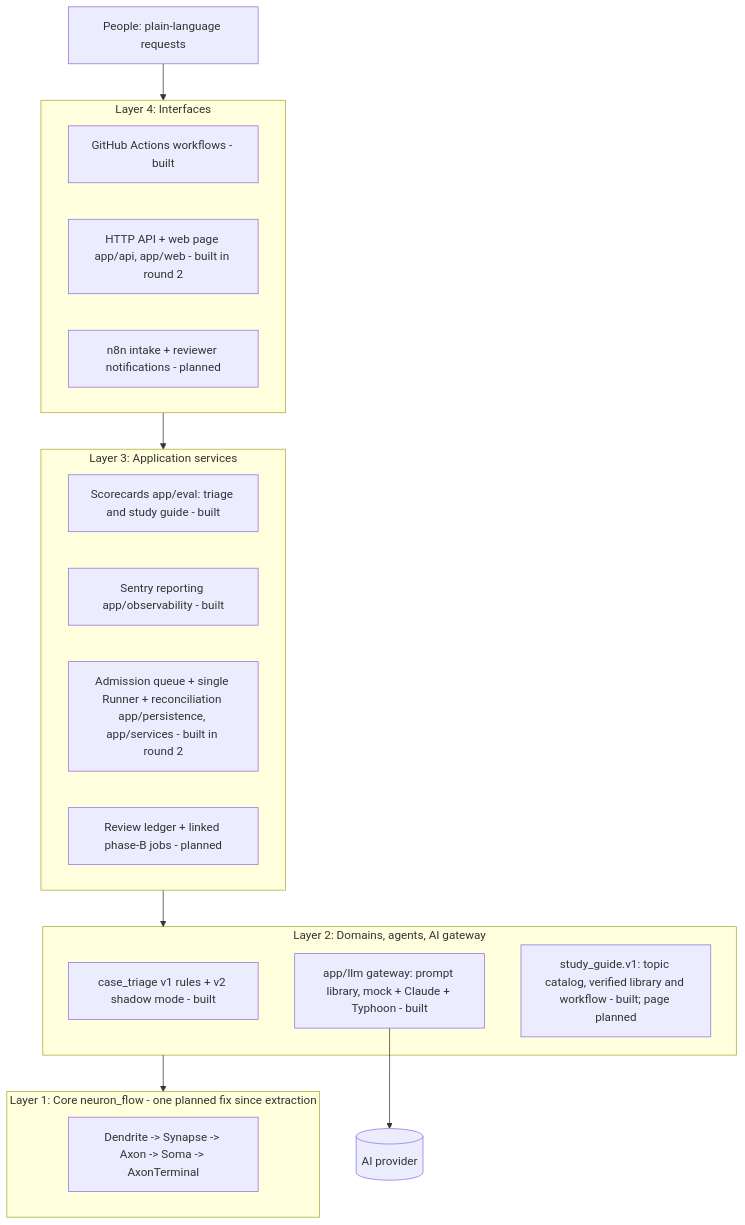
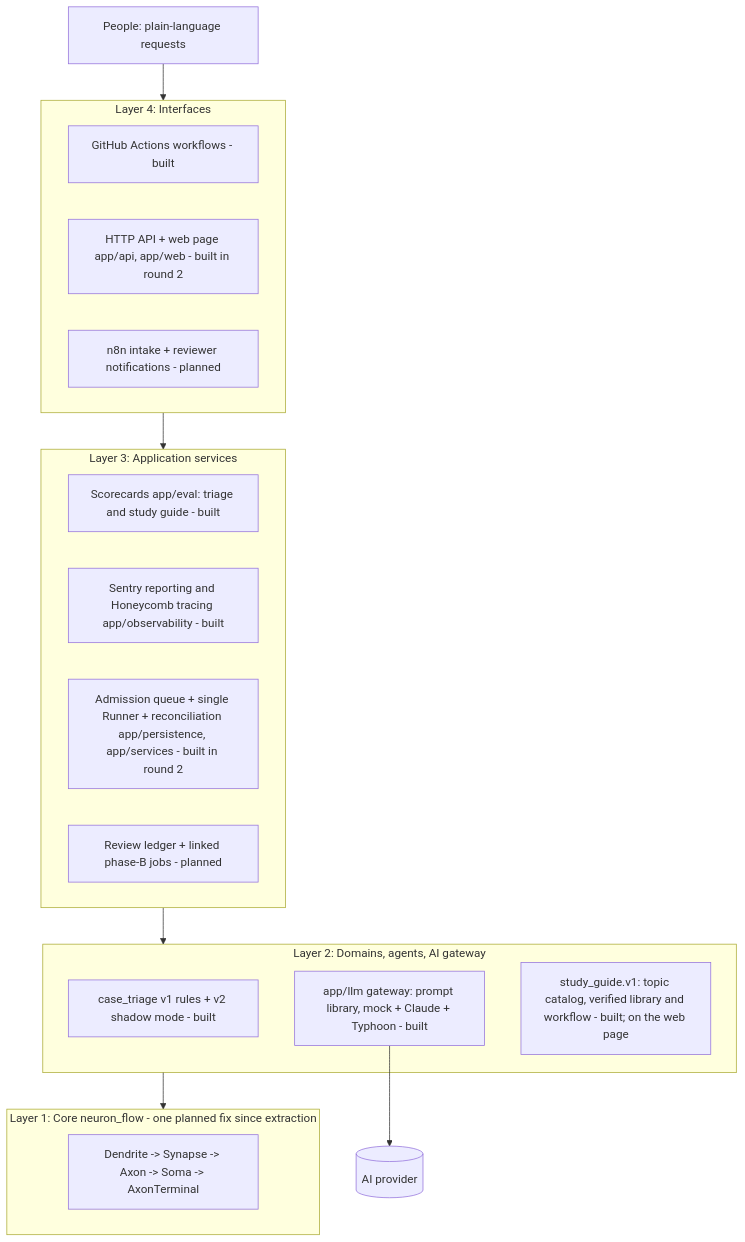
One commit to narongdetpyou-ux/System_Neuron_flow_AI changed the diagram in docs/architecture.md. Above: the diagram before and after it, drawn with Mermaid. The commit also changed other lines of this file and 11 other files, not shown here.

````diff
--- a/docs/architecture.md
+++ b/docs/architecture.md
@@ -25,25 +24,25 @@
 ```mermaid
 flowchart TD
     U[People: plain-language requests] --> L4
     subgraph L4[Layer 4: Interfaces]
       GH[GitHub Actions workflows - built]
       API[HTTP API + web page app/api, app/web - built in round 2]
       N8N[n8n intake + reviewer notifications - planned]
     end
     subgraph L3[Layer 3: Application services]
       EV[Scorecards app/eval: triage and study guide - built]
-      OBS[Sentry reporting app/observability - built]
+      OBS[Sentry reporting and Honeycomb tracing app/observability - built]
       Q[Admission queue + single Runner + reconciliation app/persistence, app/services - built in round 2]
       REV[Review ledger + linked phase-B jobs - planned]
     end
     subgraph L2[Layer 2: Domains, agents, AI gateway]
       TRI[case_triage v1 rules + v2 shadow mode - built]
       LLM[app/llm gateway: prompt library, mock + Claude + Typhoon - built]
-      SG[study_guide.v1: topic catalog, verified library and workflow - built; page planned]
+      SG[study_guide.v1: topic catalog, verified library and workflow - built; on the web page]
     end
     subgraph L1[Layer 1: Core neuron_flow - one planned fix since extraction]
       CORE[Dendrite -> Synapse -> Axon -> Soma -> AxonTerminal]
     end
     L4 --> L3 --> L2 --> L1
     LLM --> P[(AI provider)]
 ```
````
